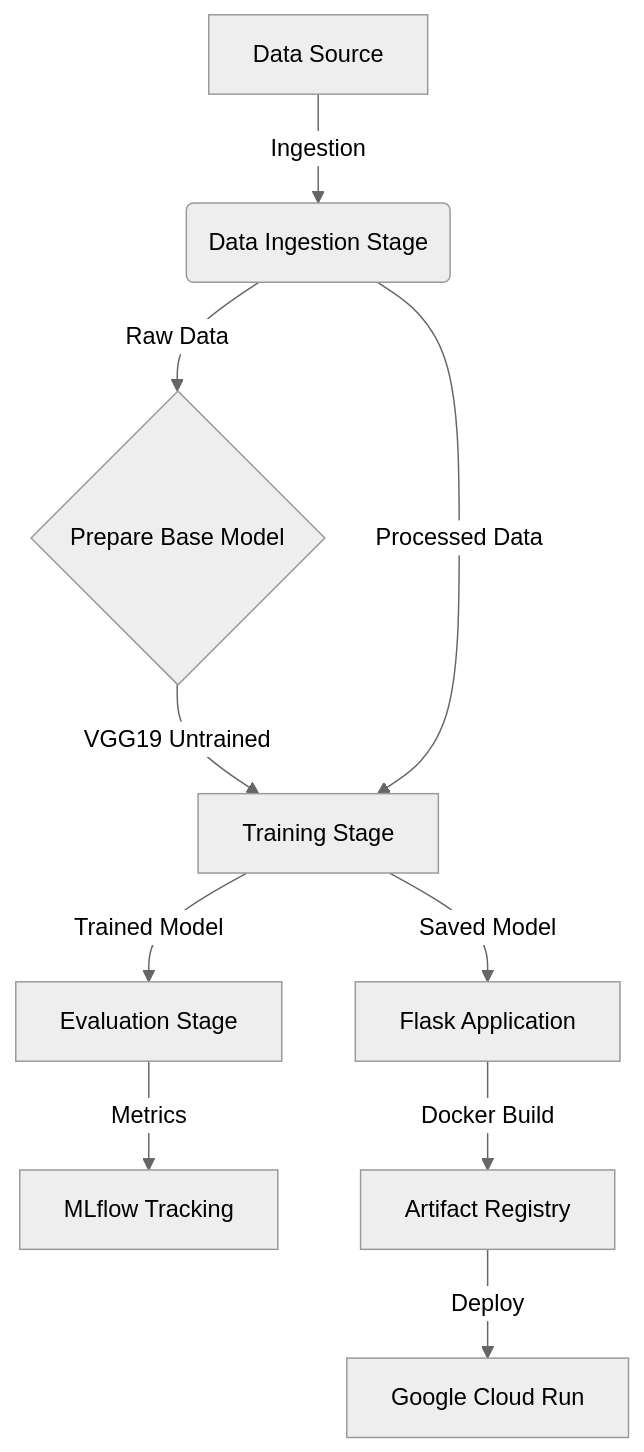
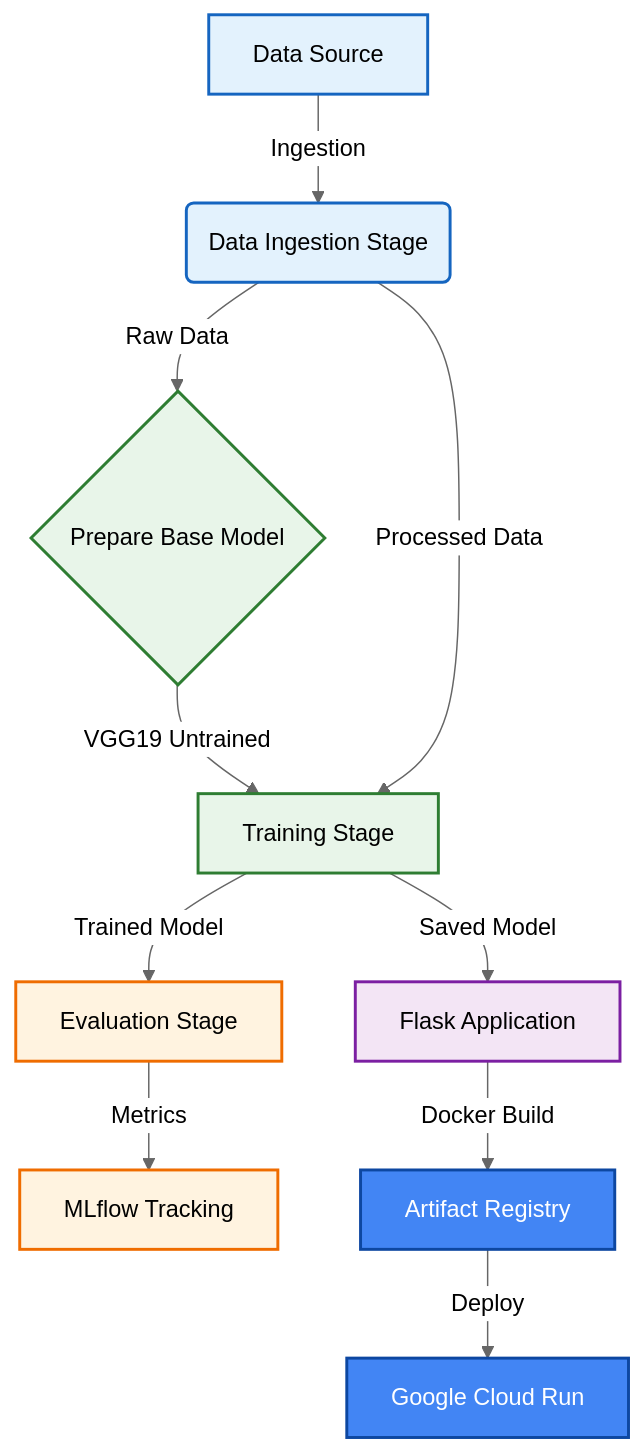
One commit to DarkFoot101/Brain-Tumor-Analysis-MLOps changed the diagram in README.md. Above: the diagram before and after it, drawn with Mermaid (neutral theme).

````diff
--- a/README.md
+++ b/README.md
@@ -58,12 +58,25 @@
 ```mermaid
 graph TD
     A[Data Source] -->|Ingestion| B(Data Ingestion Stage)
     B -->|Raw Data| C{Prepare Base Model}
     C -->|VGG19 Untrained| D[Training Stage]
     B -->|Processed Data| D
     D -->|Trained Model| E[Evaluation Stage]
     E -->|Metrics| F[MLflow Tracking]
     D -->|Saved Model| G[Flask Application]
     G -->|Docker Build| H[Artifact Registry]
     H -->|Deploy| I[Google Cloud Run]
+
+    %% Styling
+    classDef data fill:#e3f2fd,stroke:#1565c0,stroke-width:2px,color:#000
+    classDef process fill:#e8f5e9,stroke:#2e7d32,stroke-width:2px,color:#000
+    classDef model fill:#fff3e0,stroke:#ef6c00,stroke-width:2px,color:#000
+    classDef deploy fill:#f3e5f5,stroke:#7b1fa2,stroke-width:2px,color:#000
+    classDef gcp fill:#4285F4,stroke:#0d47a1,stroke-width:2px,color:#fff
+
+    class A,B data
+    class C,D process
+    class E,F model
+    class G deploy
+    class H,I gcp
 ```
````
